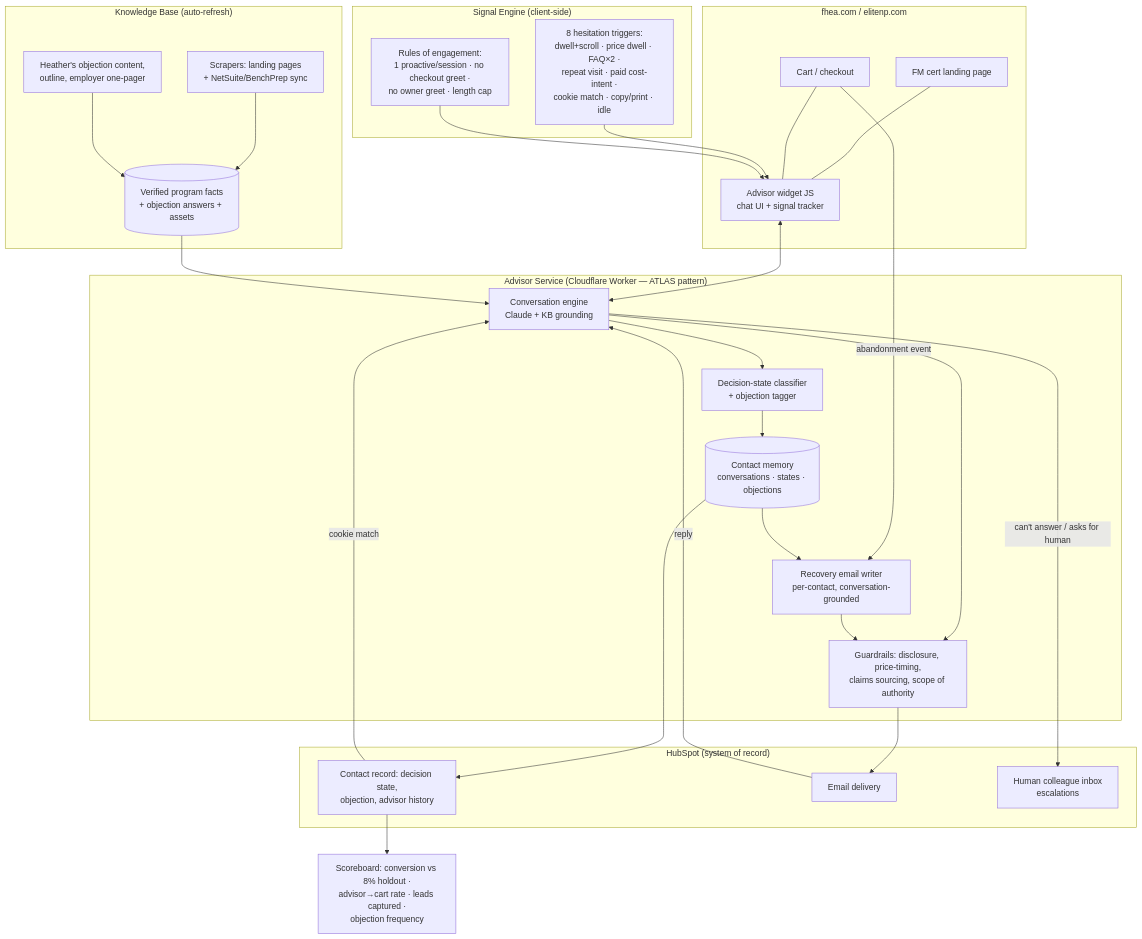
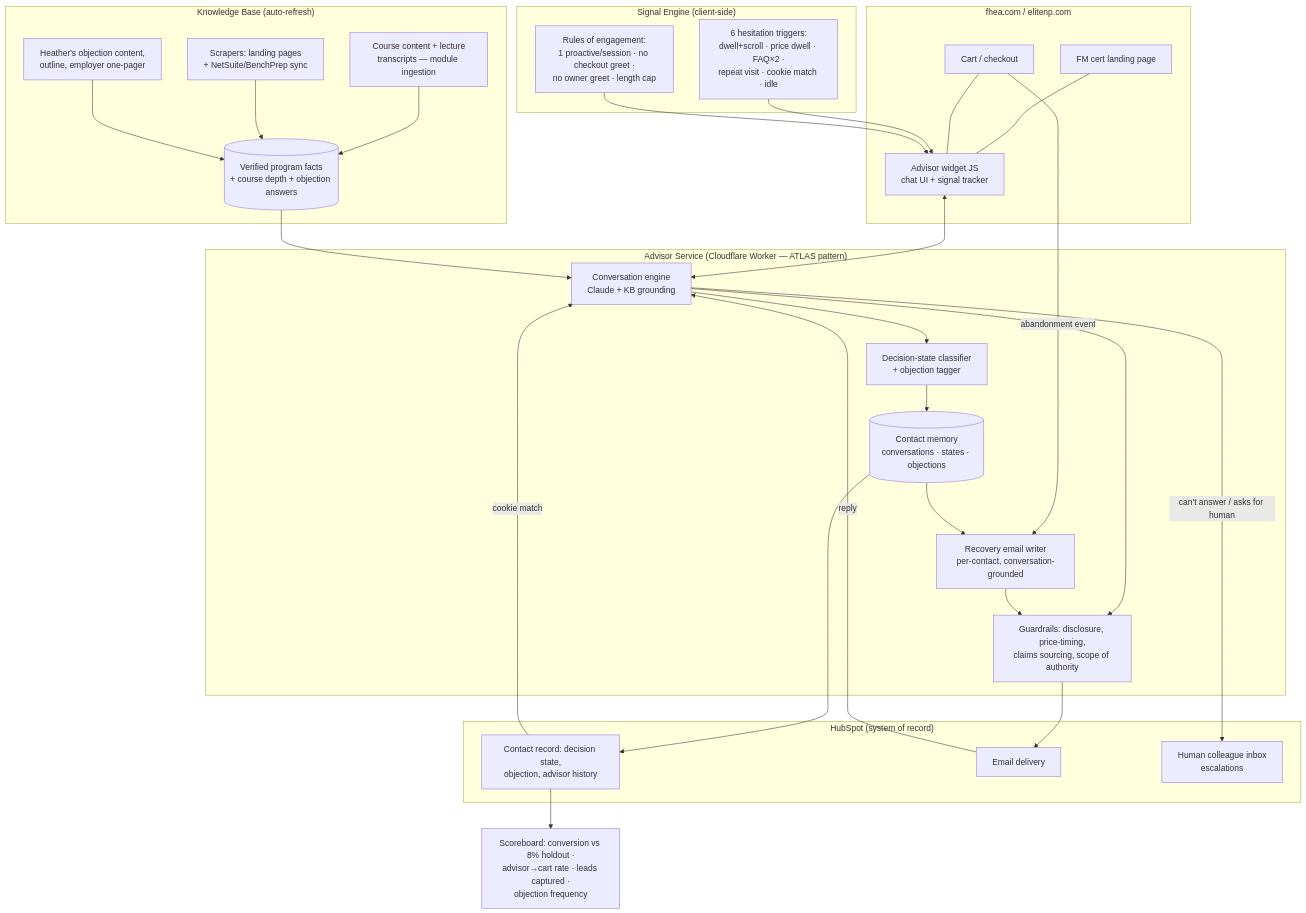
One commit to samcolibri/cert-sdr-agent changed the diagram in ARCHITECTURE.md. Above: the diagram before and after it, drawn with Mermaid. The commit also changed other lines of this file and 8 other files, not shown here.

````diff
--- a/ARCHITECTURE.md
+++ b/ARCHITECTURE.md
@@ -21,54 +21,56 @@
 ```mermaid
 flowchart TB
     subgraph SITE["fhea.com / elitenp.com"]
         PAGE[FM cert landing page]
         CART[Cart / checkout]
         WIDGET[Advisor widget JS<br/>chat UI + signal tracker]
         PAGE --- WIDGET
         CART --- WIDGET
     end
 
     subgraph SIGNALS["Signal Engine (client-side)"]
-        TRIG["8 hesitation triggers:<br/>dwell+scroll · price dwell · FAQ×2 ·<br/>repeat visit · paid cost-intent ·<br/>cookie match · copy/print · idle"]
+        TRIG["6 hesitation triggers:<br/>dwell+scroll · price dwell · FAQ×2 ·<br/>repeat visit · cookie match · idle"]
         ROE["Rules of engagement:<br/>1 proactive/session · no checkout greet ·<br/>no owner greet · length cap"]
     end
 
     subgraph BACKEND["Advisor Service (Cloudflare Worker — ATLAS pattern)"]
         CONV[Conversation engine<br/>Claude + KB grounding]
         STATE[Decision-state classifier<br/>+ objection tagger]
         MEM[(Contact memory<br/>conversations · states · objections)]
         EMAILGEN[Recovery email writer<br/>per-contact, conversation-grounded]
         GUARD[Guardrails: disclosure, price-timing,<br/>claims sourcing, scope of authority]
     end
 
     subgraph KB["Knowledge Base (auto-refresh)"]
-        FACTS[(Verified program facts<br/>+ objection answers + assets)]
+        FACTS[(Verified program facts<br/>+ course depth + objection answers)]
+        COURSE[Course content + lecture<br/>transcripts — module ingestion]
         SCRAPE[Scrapers: landing pages<br/>+ NetSuite/BenchPrep sync]
         HCONTENT[Heather's objection content,<br/>outline, employer one-pager]
+        COURSE --> FACTS
         SCRAPE --> FACTS
         HCONTENT --> FACTS
     end
 
     subgraph HS["HubSpot (system of record)"]
         CONTACT[Contact record: decision state,<br/>objection, advisor history]
         HSEMAIL[Email delivery]
         HANDOFF[Human colleague inbox<br/>escalations]
     end
 
     DASH[Scoreboard: conversion vs 8% holdout ·<br/>advisor→cart rate · leads captured ·<br/>objection frequency]
 
     TRIG --> WIDGET
     ROE --> WIDGET
     WIDGET <--> CONV
     CONV --> STATE --> MEM
     CONV --> GUARD
     FACTS --> CONV
     MEM --> CONTACT
     CONTACT -->|cookie match| CONV
     CART -->|abandonment event| EMAILGEN
     MEM --> EMAILGEN
     EMAILGEN --> GUARD --> HSEMAIL
     HSEMAIL -->|reply| CONV
     CONV -->|can't answer / asks for human| HANDOFF
     CONTACT --> DASH
 ```
````
